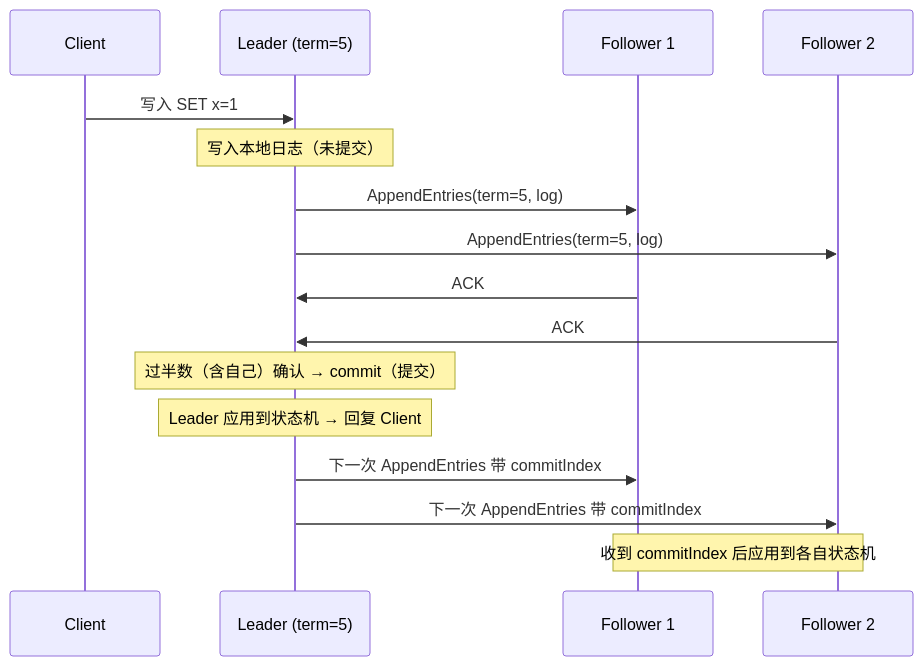
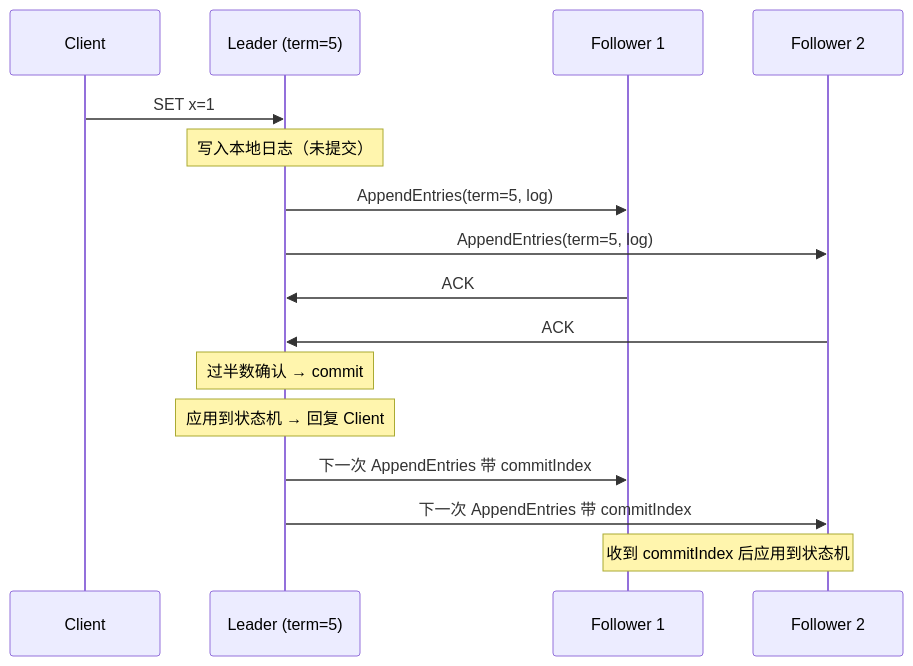
Before and after one commit to ml-cuizijun/LearnToLilith: the sixth of 11 diagrams in 02-中间件与数据库/06-分布式理论与一致性/知识点.md, drawn with Mermaid. The commit also changed other lines of this file and 178 other files, not shown here.

````diff
--- a/02-中间件与数据库/06-分布式理论与一致性/知识点.md
+++ b/02-中间件与数据库/06-分布式理论与一致性/知识点.md
@@ -230,18 +236,18 @@
 ```mermaid
 sequenceDiagram
     participant C as Client
     participant L as Leader (term=5)
     participant F1 as Follower 1
     participant F2 as Follower 2
-    C->>L: 写入 SET x=1
+    C->>L: SET x=1
     Note over L: 写入本地日志（未提交）
     L->>F1: AppendEntries(term=5, log)
     L->>F2: AppendEntries(term=5, log)
     F1->>L: ACK
     F2->>L: ACK
-    Note over L: 过半数（含自己）确认 → commit（提交）
-    Note over L: Leader 应用到状态机 → 回复 Client
+    Note over L: 过半数确认 → commit
+    Note over L: 应用到状态机 → 回复 Client
     L->>F1: 下一次 AppendEntries 带 commitIndex
     L->>F2: 下一次 AppendEntries 带 commitIndex
-    Note over F1,F2: 收到 commitIndex 后应用到各自状态机
+    Note over F1,F2: 收到 commitIndex 后应用到状态机
 ```
````
